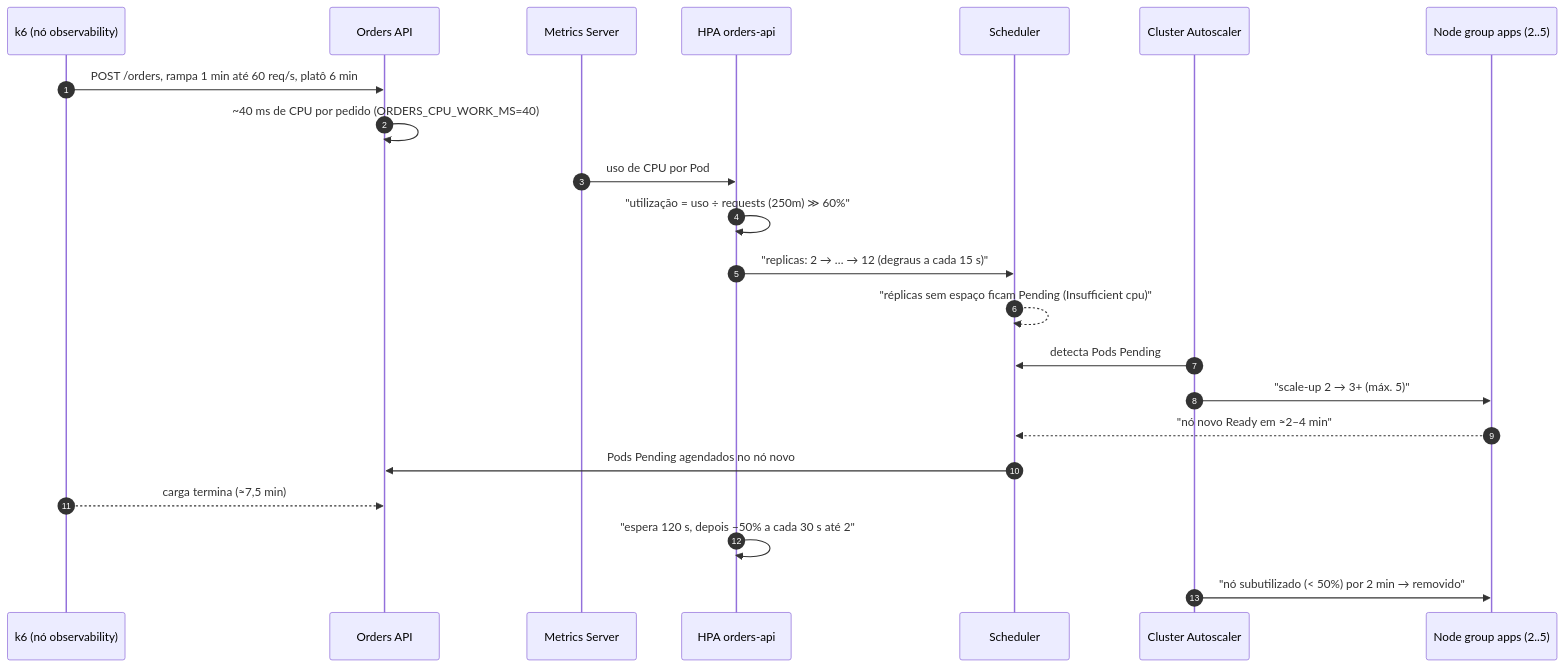
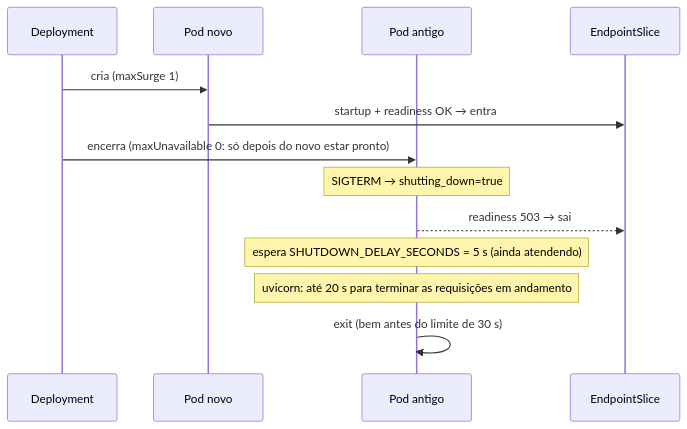
Before and after one commit to opsteam-sreday/workshop-k8s-reliability: the fourth of 6 diagrams in labs/lab-02/README.md, drawn with Mermaid. The commit also changed other lines of this file and 42 other files, not shown here.

````diff
--- a/labs/lab-02/README.md
+++ b/labs/lab-02/README.md
@@ -23,25 +169,15 @@
 ```mermaid
 sequenceDiagram
-    autonumber
-    participant K6 as k6 (nó observability)
-    participant ORD as Orders API
-    participant MS as Metrics Server
-    participant HPA as HPA orders-api
-    participant SCH as Scheduler
-    participant CA as Cluster Autoscaler
-    participant ASG as Node group apps (2..5)
-
-    K6->>ORD: POST /orders, rampa 1 min até 60 req/s, platô 6 min
-    ORD->>ORD: ~40 ms de CPU por pedido (ORDERS_CPU_WORK_MS=40)
-    MS->>HPA: uso de CPU por Pod
-    HPA->>HPA: "utilização = uso ÷ requests (250m) ≫ 60%"
-    HPA->>SCH: "replicas: 2 → … → 12 (degraus a cada 15 s)"
-    SCH-->>SCH: "réplicas sem espaço ficam Pending (Insufficient cpu)"
-    CA->>SCH: detecta Pods Pending
-    CA->>ASG: "scale-up 2 → 3+ (máx. 5)"
-    ASG-->>SCH: "nó novo Ready em ≈2–4 min"
-    SCH->>ORD: Pods Pending agendados no nó novo
-    K6-->>ORD: carga termina (≈7,5 min)
-    HPA->>HPA: "espera 120 s, depois −50% a cada 30 s até 2"
-    CA->>ASG: "nó subutilizado (< 50%) por 2 min → removido"
+    participant D as Deployment
+    participant N as Pod novo
+    participant O as Pod antigo
+    participant ES as EndpointSlice
+    D->>N: cria (maxSurge 1)
+    N->>ES: startup + readiness OK → entra
+    D->>O: encerra (maxUnavailable 0: só depois do novo estar pronto)
+    Note over O: SIGTERM → shutting_down=true
+    O-->>ES: readiness 503 → sai
+    Note over O: espera SHUTDOWN_DELAY_SECONDS = 5 s (ainda atendendo)
+    Note over O: uvicorn: até 20 s para terminar as requisições em andamento
+    O->>O: exit (bem antes do limite de 30 s)
 ```
````
